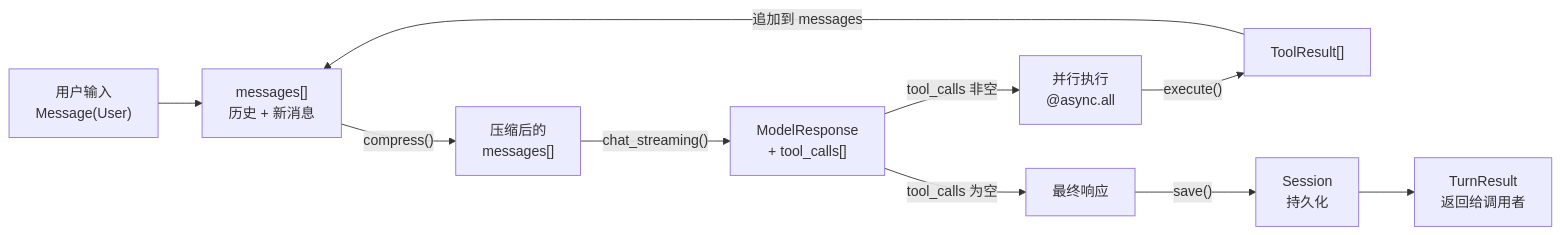
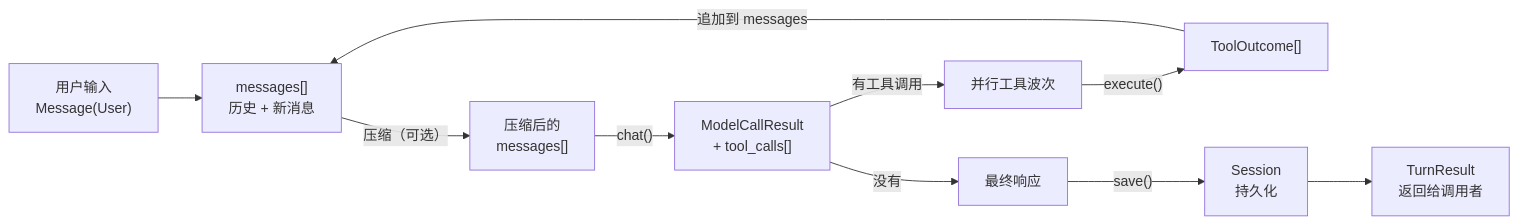
One commit to colmugx/posoco changed the fourth of 5 diagrams in docs/02-architecture.md. Above: the diagram before and after it, drawn with Mermaid. The commit also changed other lines of this file and 4 other files, not shown here.

Commit message:
docs: update documentation for new architecture and API changes

````diff
--- a/docs/02-architecture.md
+++ b/docs/02-architecture.md
@@ -225,16 +221,16 @@
 ```mermaid
 flowchart LR
   INPUT["用户输入<br/>Message(User)"] --> MESSAGES["messages[]<br/>历史 + 新消息"]
 
-  MESSAGES -->|"compress()"| COMPRESSED["压缩后的<br/>messages[]"]
-  COMPRESSED -->|"chat_streaming()"| RESPONSE["ModelResponse<br/>+ tool_calls[]"]
+  MESSAGES -->|"压缩（可选）"| COMPACTED["压缩后的<br/>messages[]"]
+  COMPACTED -->|"chat()"| RESPONSE["ModelCallResult<br/>+ tool_calls[]"]
 
-  RESPONSE -->|"tool_calls 非空"| PARALLEL["并行执行<br/>@async.all"]
-  RESPONSE -->|"tool_calls 为空"| FINAL["最终响应"]
+  RESPONSE -->|"有工具调用"| PARALLEL["并行工具波次"]
+  RESPONSE -->|"没有"| FINAL["最终响应"]
 
-  PARALLEL -->|"execute()"| RESULTS["ToolResult[]"]
+  PARALLEL -->|"execute()"| RESULTS["ToolOutcome[]"]
   RESULTS -->|"追加到 messages"| MESSAGES
 
   FINAL -->|"save()"| SESSION["Session<br/>持久化"]
   SESSION --> TURN["TurnResult<br/>返回给调用者"]
 ```
````
